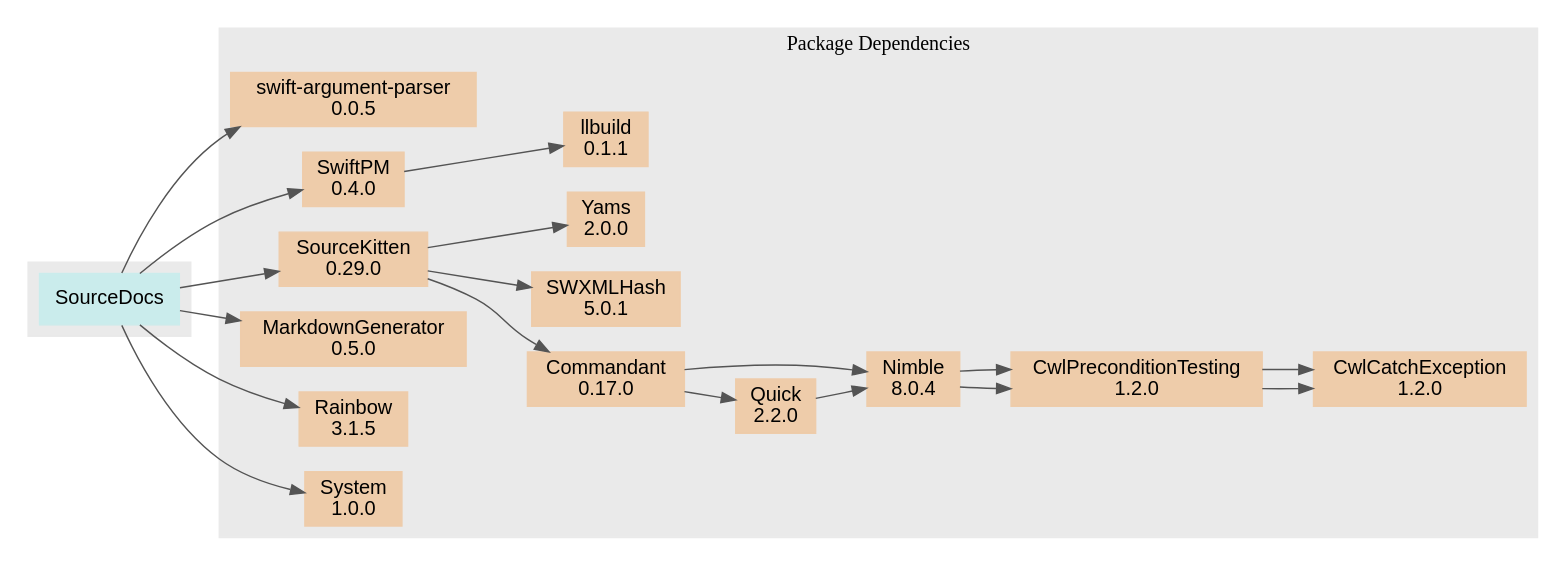
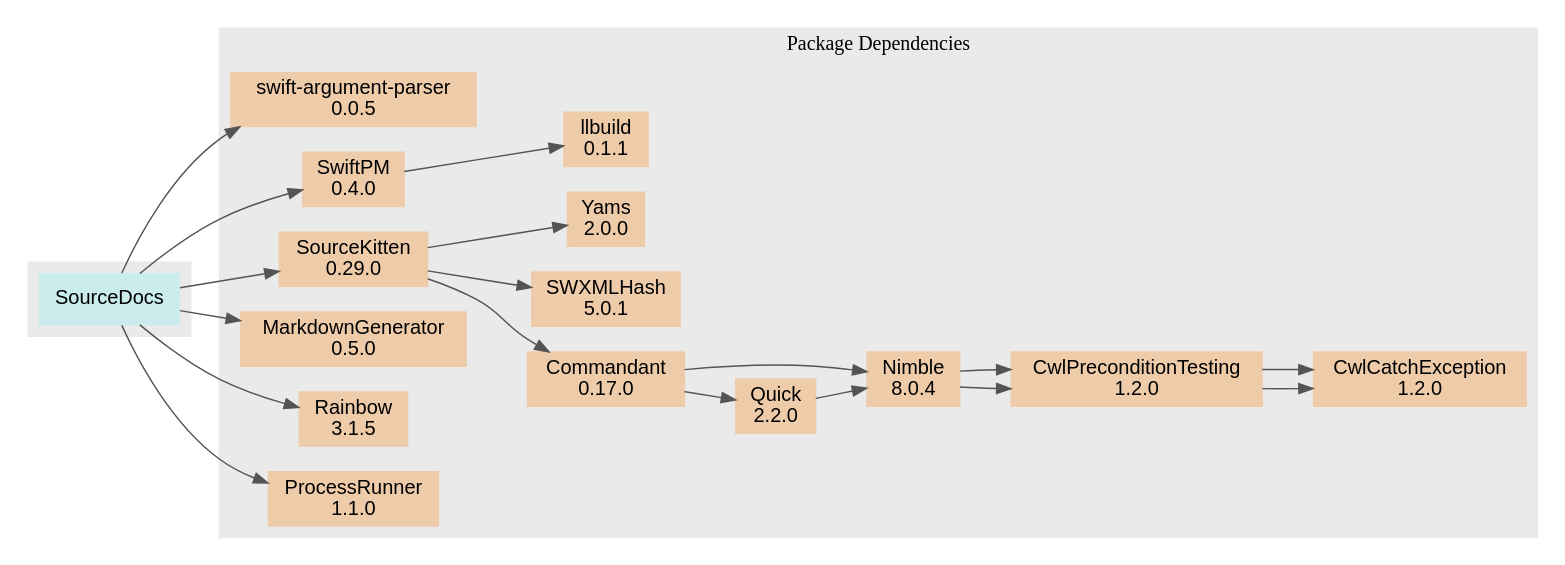
One commit to SourceDocs/SourceDocs changed the diagram in docs/PackageDependencies.dot. Above: the diagram before and after it, drawn with Graphviz. The commit also changed 10 other files, not shown here.

First line of the commit message:
Fixing ProcessRunner Name Change (#60)

```diff
--- a/docs/PackageDependencies.dot
+++ b/docs/PackageDependencies.dot
@@ -1,33 +1,33 @@
 digraph PackageDependencyGraph {
     rankdir = LR
     graph [fontname="Helvetica-light", style = filled, color = "#eaeaea"]
     node [shape=box, fontname="Helvetica", style=filled]
     edge [color="#545454"]
 
     subgraph clusterPackage {
         node [color="#caecec"]
         "SourceDocs"
     }
 
     subgraph clusterDependencies {
         label = "Package Dependencies"
         node [color="#eeccaa"]
         "SourceDocs" -> "swift-argument-parser\n0.0.5"
         "SourceDocs" -> "SwiftPM\n0.4.0"
         "SourceDocs" -> "SourceKitten\n0.29.0"
         "SourceDocs" -> "MarkdownGenerator\n0.5.0"
         "SourceDocs" -> "Rainbow\n3.1.5"
-        "SourceDocs" -> "System\n1.0.0"
+        "SourceDocs" -> "ProcessRunner\n1.1.0"
         "SwiftPM\n0.4.0" -> "llbuild\n0.1.1"
         "SourceKitten\n0.29.0" -> "Commandant\n0.17.0"
         "SourceKitten\n0.29.0" -> "SWXMLHash\n5.0.1"
         "SourceKitten\n0.29.0" -> "Yams\n2.0.0"
         "Commandant\n0.17.0" -> "Quick\n2.2.0"
         "Commandant\n0.17.0" -> "Nimble\n8.0.4"
         "Quick\n2.2.0" -> "Nimble\n8.0.4"
         "Nimble\n8.0.4" -> "CwlPreconditionTesting\n1.2.0"
         "CwlPreconditionTesting\n1.2.0" -> "CwlCatchException\n1.2.0"
         "Nimble\n8.0.4" -> "CwlPreconditionTesting\n1.2.0"
         "CwlPreconditionTesting\n1.2.0" -> "CwlCatchException\n1.2.0"
     }
 }
```
